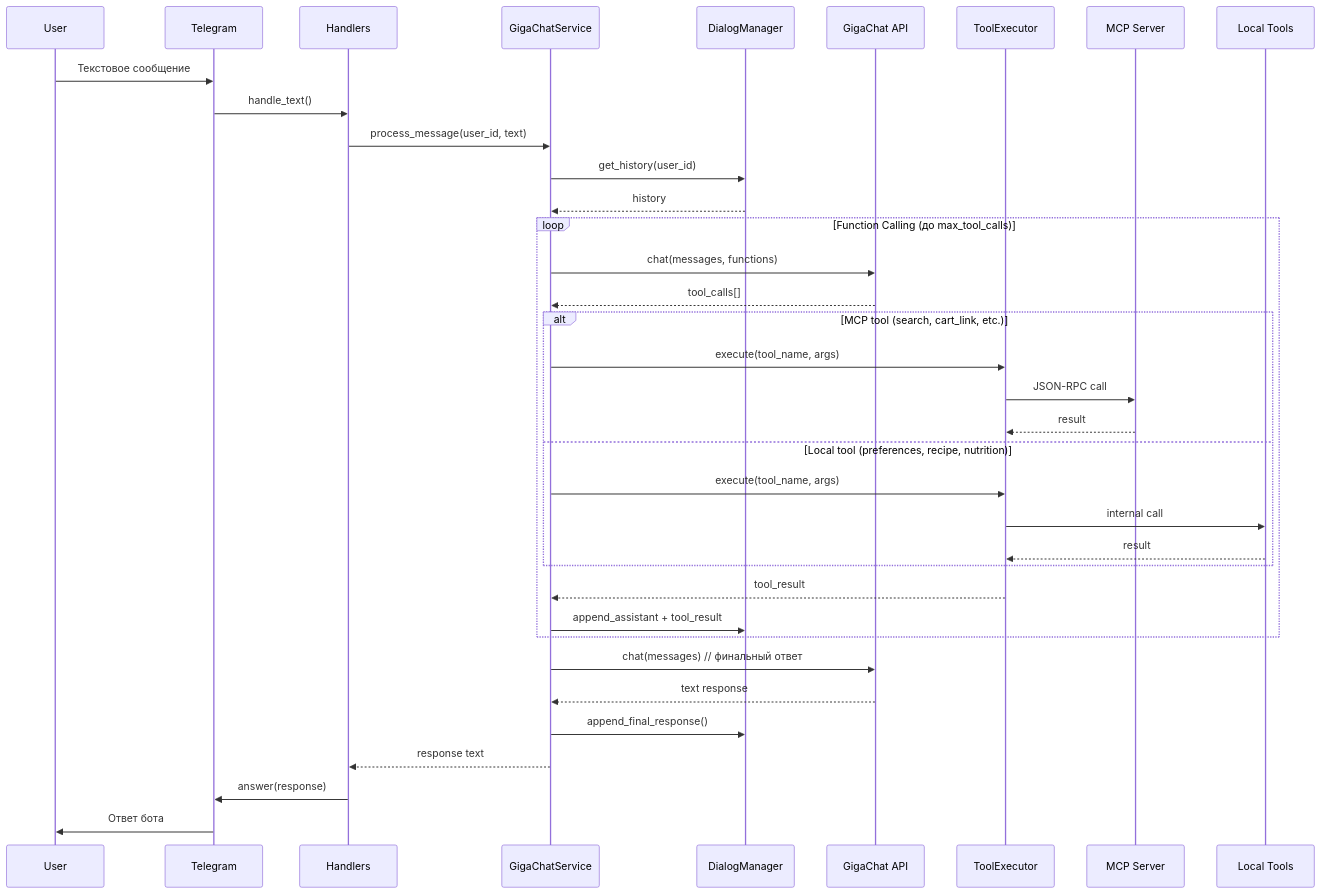
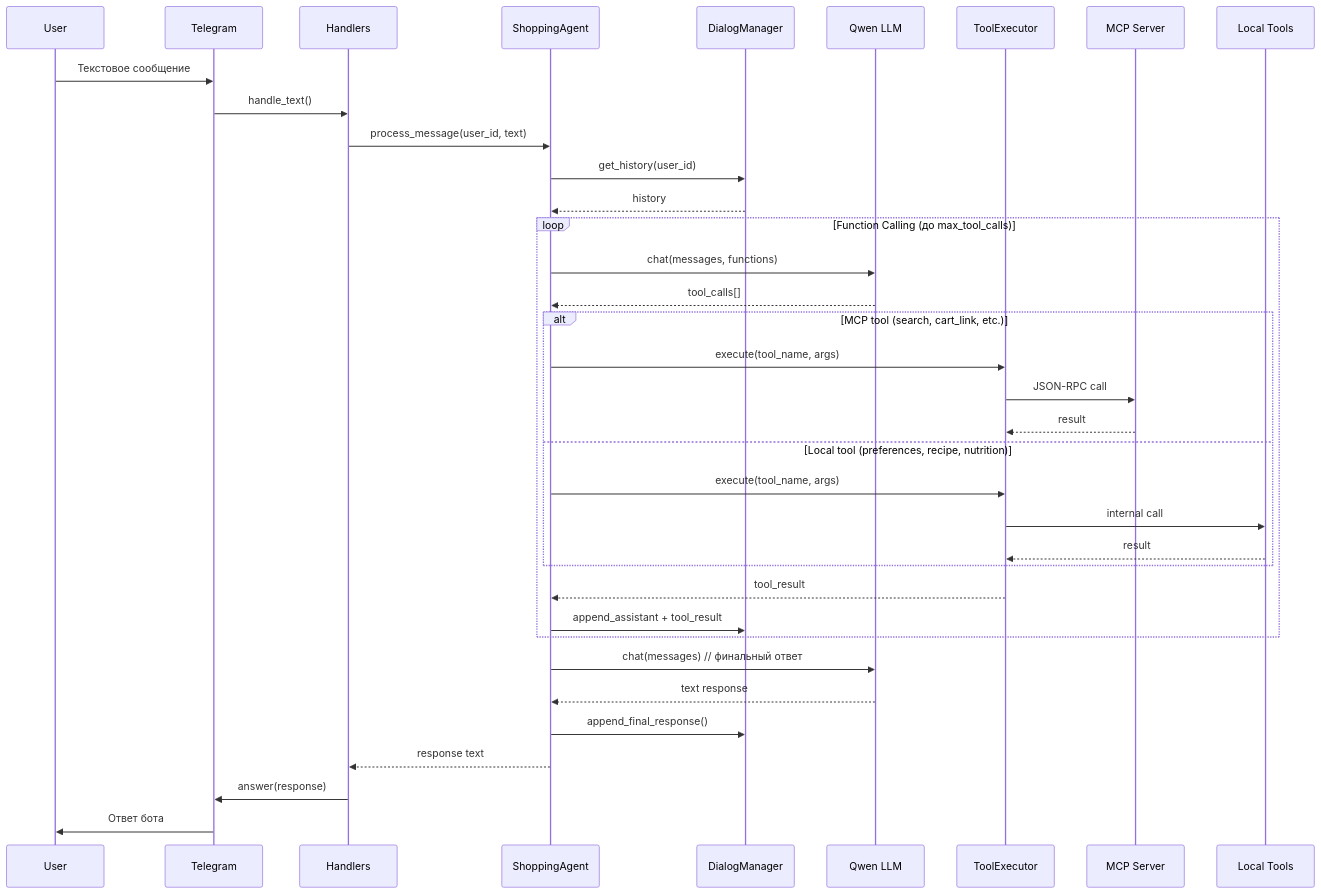
The fourth of 8 diagrams in docs/ARCHITECTURE.md (mrPDA/vkuswill_bot), drawn with Mermaid before and after one commit. The commit also changed other lines of this file and 6 other files, not shown here.

````diff
--- a/docs/ARCHITECTURE.md
+++ b/docs/ARCHITECTURE.md
@@ -238,44 +248,44 @@
 ```mermaid
 sequenceDiagram
     participant User
     participant TG as Telegram
     participant H as Handlers
-    participant GCS as GigaChatService
+    participant Agent as ShoppingAgent
     participant DM as DialogManager
-    participant GC as GigaChat API
+    participant LLM as Qwen LLM
     participant TE as ToolExecutor
     participant MCP as MCP Server
     participant Local as Local Tools
 
     User->>TG: Текстовое сообщение
     TG->>H: handle_text()
-    H->>GCS: process_message(user_id, text)
+    H->>Agent: process_message(user_id, text)
     
-    GCS->>DM: get_history(user_id)
-    DM-->>GCS: history
+    Agent->>DM: get_history(user_id)
+    DM-->>Agent: history
     
     loop Function Calling (до max_tool_calls)
-        GCS->>GC: chat(messages, functions)
-        GC-->>GCS: tool_calls[]
+        Agent->>LLM: chat(messages, functions)
+        LLM-->>Agent: tool_calls[]
         
         alt MCP tool (search, cart_link, etc.)
-            GCS->>TE: execute(tool_name, args)
+            Agent->>TE: execute(tool_name, args)
             TE->>MCP: JSON-RPC call
             MCP-->>TE: result
         else Local tool (preferences, recipe, nutrition)
-            GCS->>TE: execute(tool_name, args)
+            Agent->>TE: execute(tool_name, args)
             TE->>Local: internal call
             Local-->>TE: result
         end
         
-        TE-->>GCS: tool_result
-        GCS->>DM: append_assistant + tool_result
+        TE-->>Agent: tool_result
+        Agent->>DM: append_assistant + tool_result
     end
     
-    GCS->>GC: chat(messages) // финальный ответ
-    GC-->>GCS: text response
-    GCS->>DM: append_final_response()
-    GCS-->>H: response text
+    Agent->>LLM: chat(messages) // финальный ответ
+    LLM-->>Agent: text response
+    Agent->>DM: append_final_response()
+    Agent-->>H: response text
     H->>TG: answer(response)
     TG->>User: Ответ бота
 ```
````
